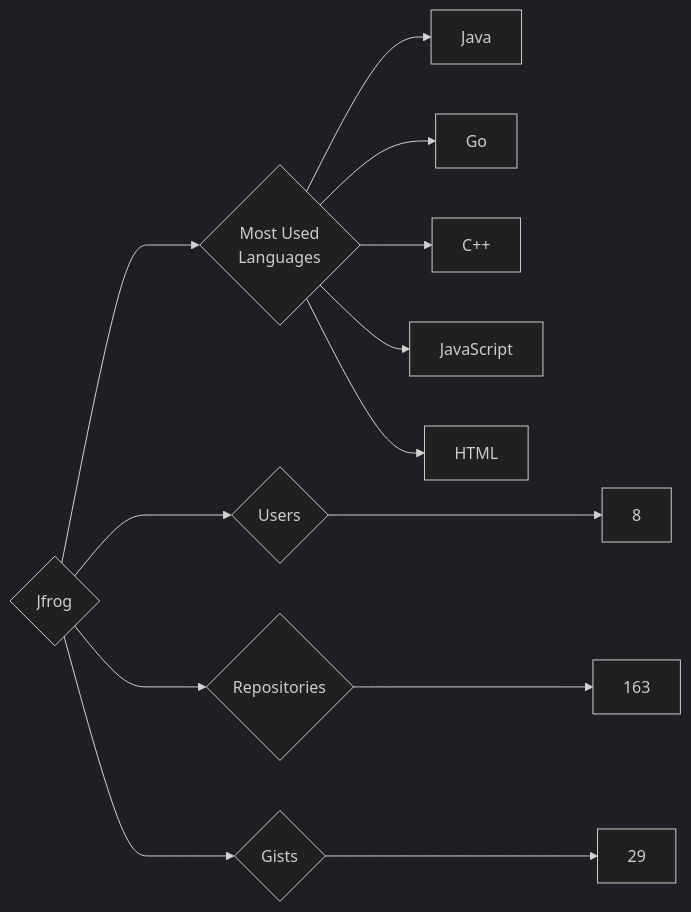
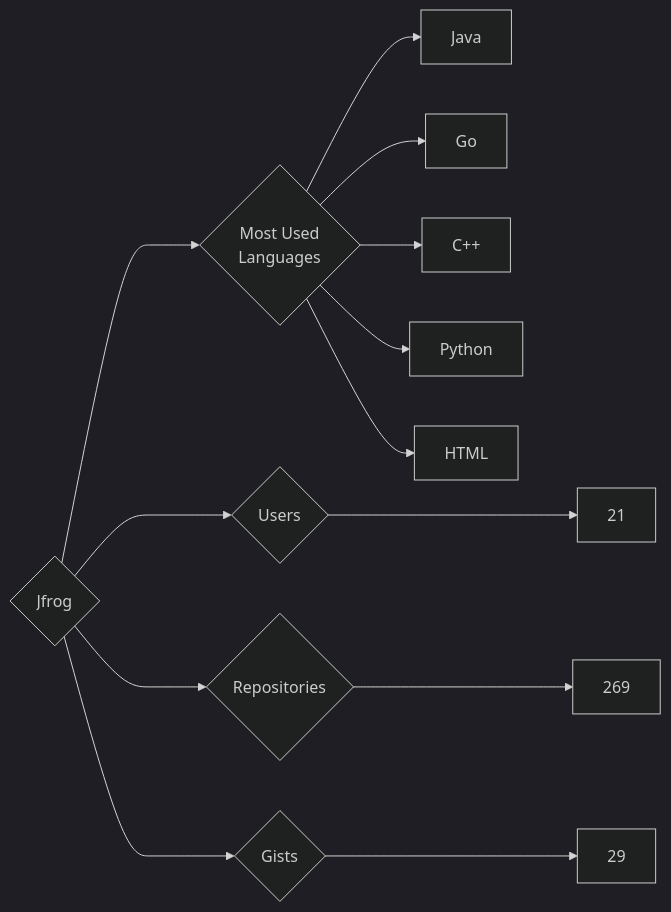
One commit to trickest/insiders changed the diagram in targets/Jfrog/README.md. Above: the diagram before and after it, drawn with Mermaid (dark theme). The commit also changed 688 other files, not shown here.

````diff
--- a/targets/Jfrog/README.md
+++ b/targets/Jfrog/README.md
@@ -3,13 +3,13 @@
 ```mermaid
 graph LR
 COMPANY_NAME{Jfrog}
-COMPANY_NAME ---> U{Users} ---> UN[8]
-COMPANY_NAME ---> R{Repositories} ---> RN[163]
+COMPANY_NAME ---> U{Users} ---> UN[21]
+COMPANY_NAME ---> R{Repositories} ---> RN[269]
 COMPANY_NAME ---> G{Gists} ---> GN[29]
 COMPANY_NAME ---> ML{Most Used<br>Languages}
 ML --> Java[Java]
 ML --> Go[Go]
 ML --> C++[C++]
-ML --> JavaScript[JavaScript]
+ML --> Python[Python]
 ML --> HTML[HTML]
 ```
````
